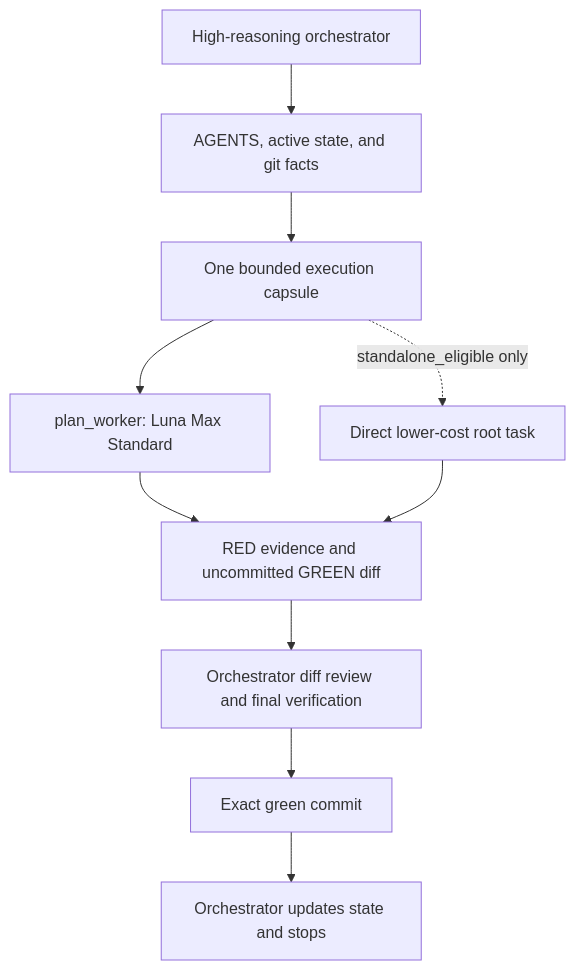
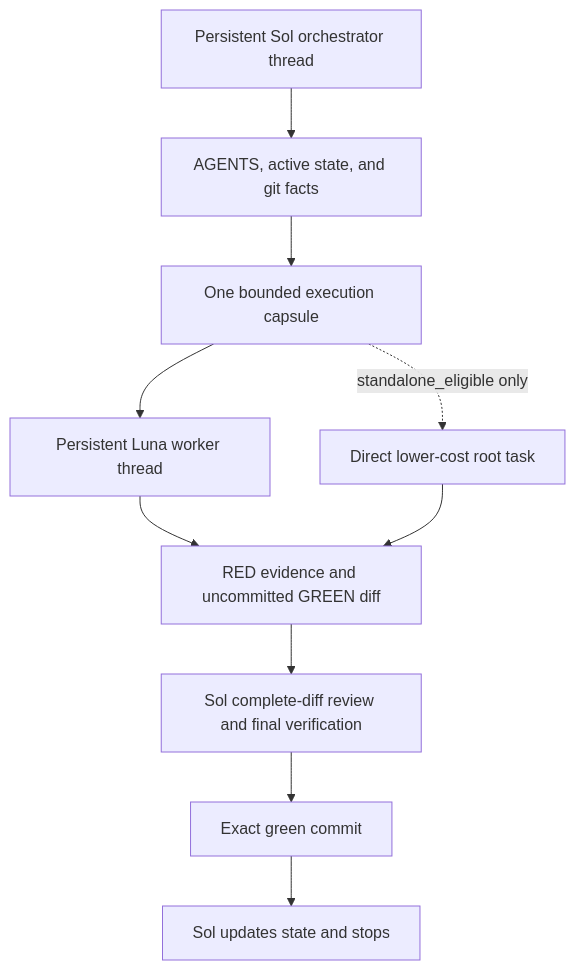
One commit to weishengless/DPmoire-lite changed the second of 2 diagrams in docs/superpowers/specs/2026-07-12-code-review-followup-route-correction-and-low-reasoning-execution-design.md. Above: the diagram before and after it, drawn with Mermaid. The commit also changed other lines of this file and 14 other files, not shown here.

````diff
--- a/docs/superpowers/specs/2026-07-12-code-review-followup-route-correction-and-low-reasoning-execution-design.md
+++ b/docs/superpowers/specs/2026-07-12-code-review-followup-route-correction-and-low-reasoning-execution-design.md
@@ -497,12 +469,12 @@
 ```mermaid
 flowchart TD
-    O["High-reasoning orchestrator"] --> A["AGENTS, active state, and git facts"]
+    O["Persistent Sol orchestrator thread"] --> A["AGENTS, active state, and git facts"]
     A --> X["One bounded execution capsule"]
-    X --> W["plan_worker: Luna Max Standard"]
+    X --> W["Persistent Luna worker thread"]
     W --> R["RED evidence and uncommitted GREEN diff"]
-    R --> V["Orchestrator diff review and final verification"]
+    R --> V["Sol complete-diff review and final verification"]
     V --> C["Exact green commit"]
-    C --> H["Orchestrator updates state and stops"]
+    C --> H["Sol updates state and stops"]
     X -.->|standalone_eligible only| D["Direct lower-cost root task"]
     D --> R
 ```
````
